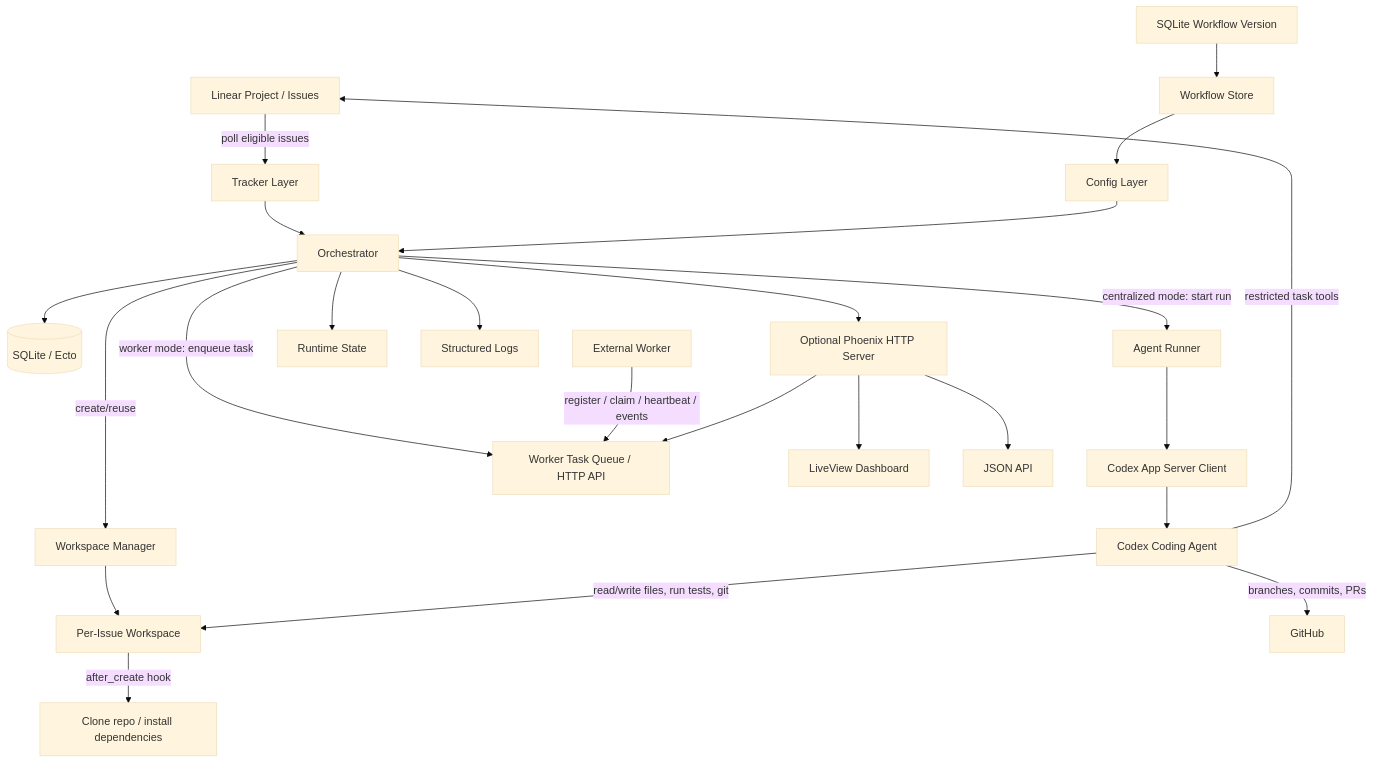
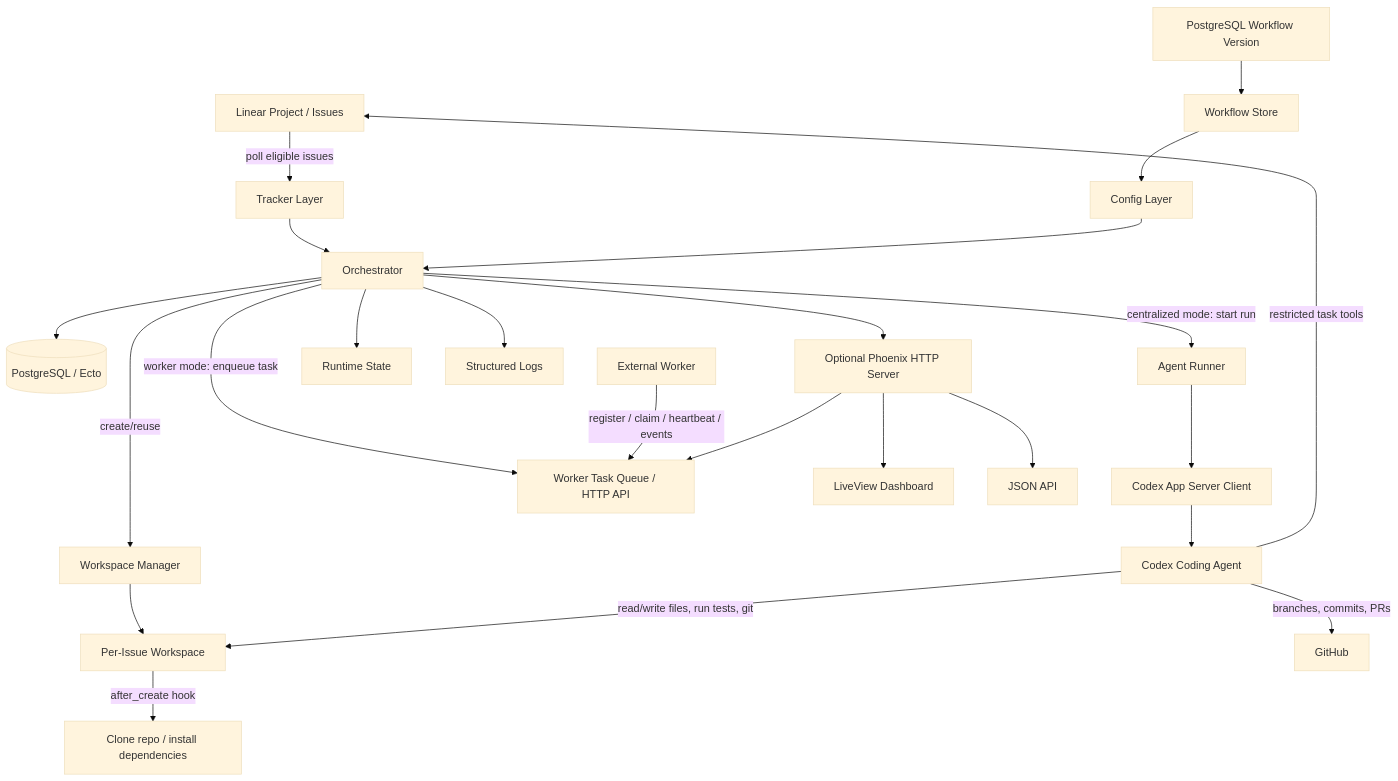
The first of 2 diagrams in docs/ARCHITECTURE.md (VikingMew/symphony), drawn with Mermaid (base theme) before and after one commit. The commit also changed other lines of this file and 18 other files, not shown here.

First line of the commit message:
feat(deploy): add Symphony PostgreSQL Compose stack

````diff
--- a/docs/ARCHITECTURE.md
+++ b/docs/ARCHITECTURE.md
@@ -51,31 +51,31 @@
 ```mermaid
 flowchart TD
     linear[Linear Project / Issues] -->|poll eligible issues| tracker[Tracker Layer]
     tracker --> orchestrator[Orchestrator]
 
-    workflow[SQLite Workflow Version] --> loader[Workflow Store]
+    workflow[PostgreSQL Workflow Version] --> loader[Workflow Store]
     loader --> config[Config Layer]
     config --> orchestrator
-    orchestrator --> sqlite[(SQLite / Ecto)]
+    orchestrator --> postgres[(PostgreSQL / Ecto)]
 
     orchestrator -->|create/reuse| workspace[Workspace Manager]
     workspace --> issuews[Per-Issue Workspace]
     issuews -->|after_create hook| bootstrap[Clone repo / install dependencies]
 
     orchestrator -->|centralized mode: start run| runner[Agent Runner]
     runner --> appserver[Codex App Server Client]
     appserver --> codex[Codex Coding Agent]
     orchestrator -->|worker mode: enqueue task| workerapi[Worker Task Queue / HTTP API]
     extworker[External Worker] -->|register / claim / heartbeat / events| workerapi
 
     codex -->|read/write files, run tests, git| issuews
     codex -->|restricted task tools| linear
     codex -->|branches, commits, PRs| github[GitHub]
 
     orchestrator --> state[Runtime State]
     orchestrator --> logs[Structured Logs]
     orchestrator --> http[Optional Phoenix HTTP Server]
     http --> dashboard[LiveView Dashboard]
     http --> api[JSON API]
     http --> workerapi
 ```
````
